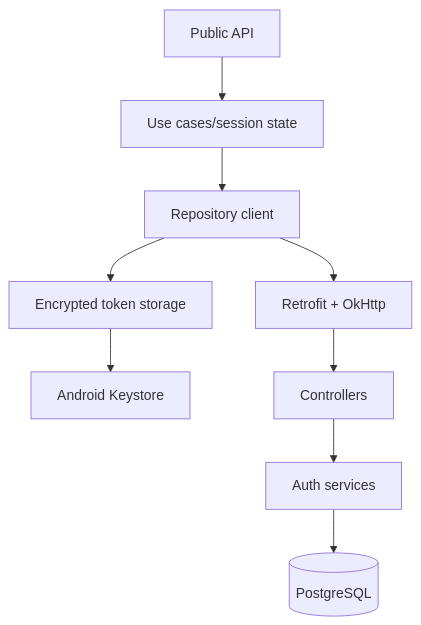
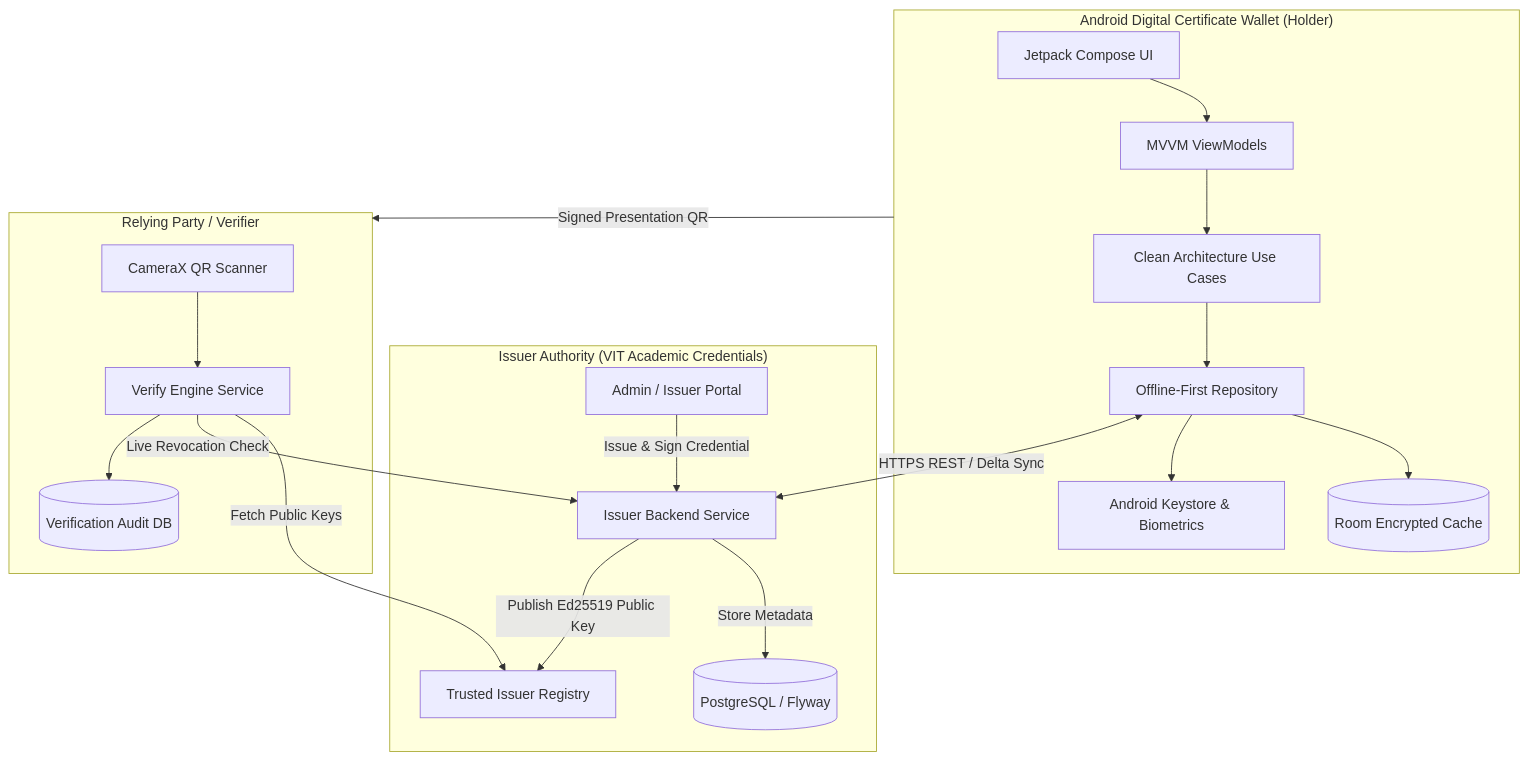
One commit to SriChaitanya1824/Secure-Mobile-Authentication changed the first of 5 diagrams in docs/HLD.md. Above: the diagram before and after it, drawn with Mermaid. The commit also changed other lines of this file and 757 other files, not shown here.

First line of the commit message:
feat(core): implement complete secure digital certificate wallet and backend microservices suite

````diff
--- a/docs/HLD.md
+++ b/docs/HLD.md
@@ -16,9 +15,26 @@
 ```mermaid
-flowchart TB
-  API[Public API] --> UC[Use cases/session state]
-  UC --> R[Repository client]
-  R --> N[Retrofit + OkHttp]
-  R --> ST[Encrypted token storage]
-  ST --> KS[Android Keystore]
-  N --> C[Controllers] --> SV[Auth services] --> DB[(PostgreSQL)]
+flowchart TD
+    subgraph Issuer["Issuer Authority (VIT Academic Credentials)"]
+        IA[Admin / Issuer Portal] -->|Issue & Sign Credential| IS[Issuer Backend Service]
+        IS -->|Store Metadata| IDB[(PostgreSQL / Flyway)]
+        IS -->|Publish Ed25519 Public Key| TR[Trusted Issuer Registry]
+    end
+
+    subgraph Wallet["Android Digital Certificate Wallet (Holder)"]
+        UI[Jetpack Compose UI] --> VM[MVVM ViewModels]
+        VM --> UC[Clean Architecture Use Cases]
+        UC --> REPO[Offline-First Repository]
+        REPO --> DB[(Room Encrypted Cache)]
+        REPO --> KS[Android Keystore & Biometrics]
+        REPO <-->|HTTPS REST / Delta Sync| IS
+    end
+
+    subgraph Verifier["Relying Party / Verifier"]
+        VUI[CameraX QR Scanner] --> VP[Verify Engine Service]
+        VP -->|Fetch Public Keys| TR
+        VP -->|Live Revocation Check| IS
+        VP --> VDB[(Verification Audit DB)]
+    end
+
+    Wallet -->|Signed Presentation QR| Verifier
 ```
````
